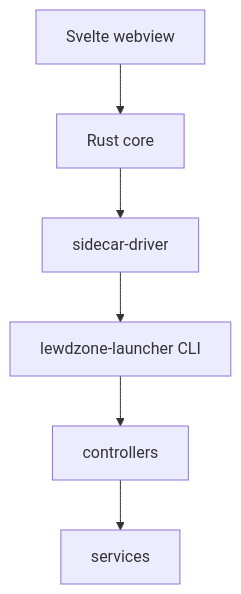
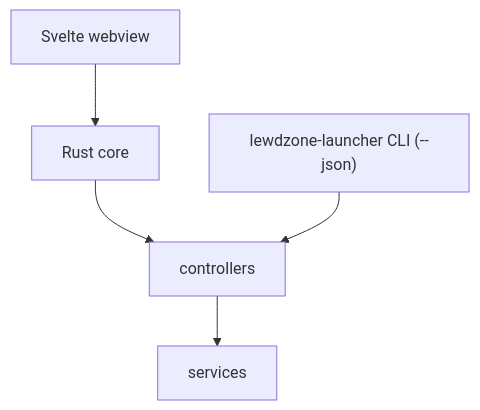
The diagram in wiki/Architecture.md (HELIX-Origin/LewdZone-Launcher), drawn with Mermaid before and after one commit. The commit also changed other lines of this file and 217 other files, not shown here.

````diff
--- a/wiki/Architecture.md
+++ b/wiki/Architecture.md
@@ -44,14 +46,12 @@
 ```mermaid
 flowchart TD
     WV["Svelte webview"]
     RN["Rust core"]
-    SD["sidecar-driver"]
-    CLI["lewdzone-launcher CLI"]
+    CLI["lewdzone-launcher CLI (--json)"]
     CT["controllers"]
     SV["services"]
     WV --> RN
-    RN --> SD
-    SD --> CLI
+    RN --> CT
     CLI --> CT
     CT --> SV
 ```
````
